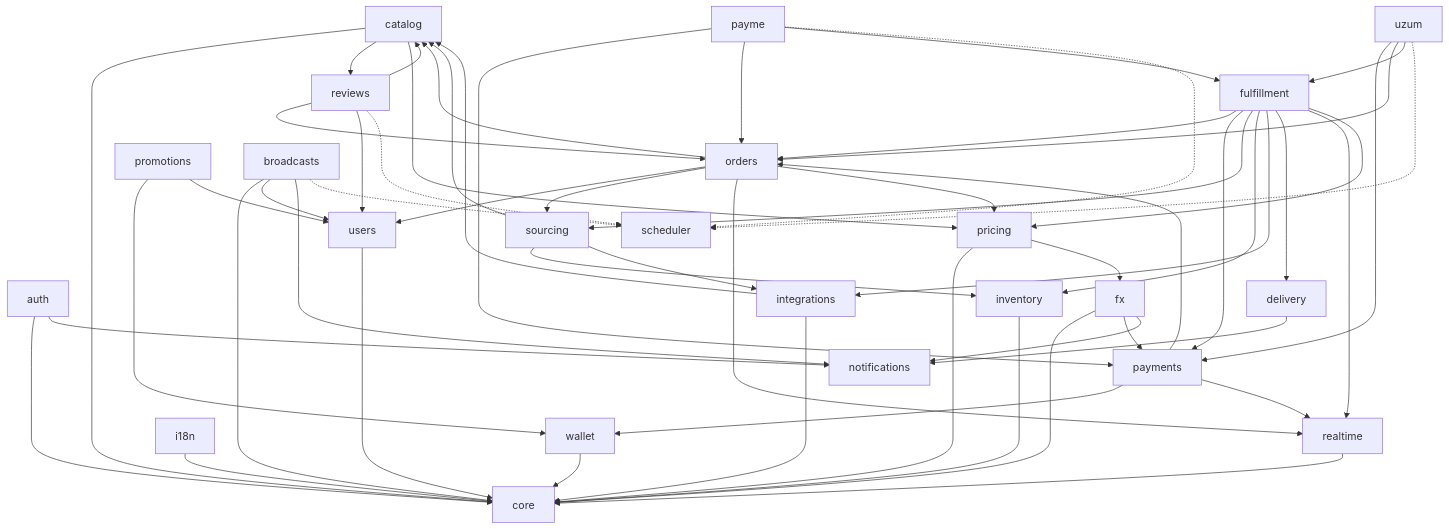
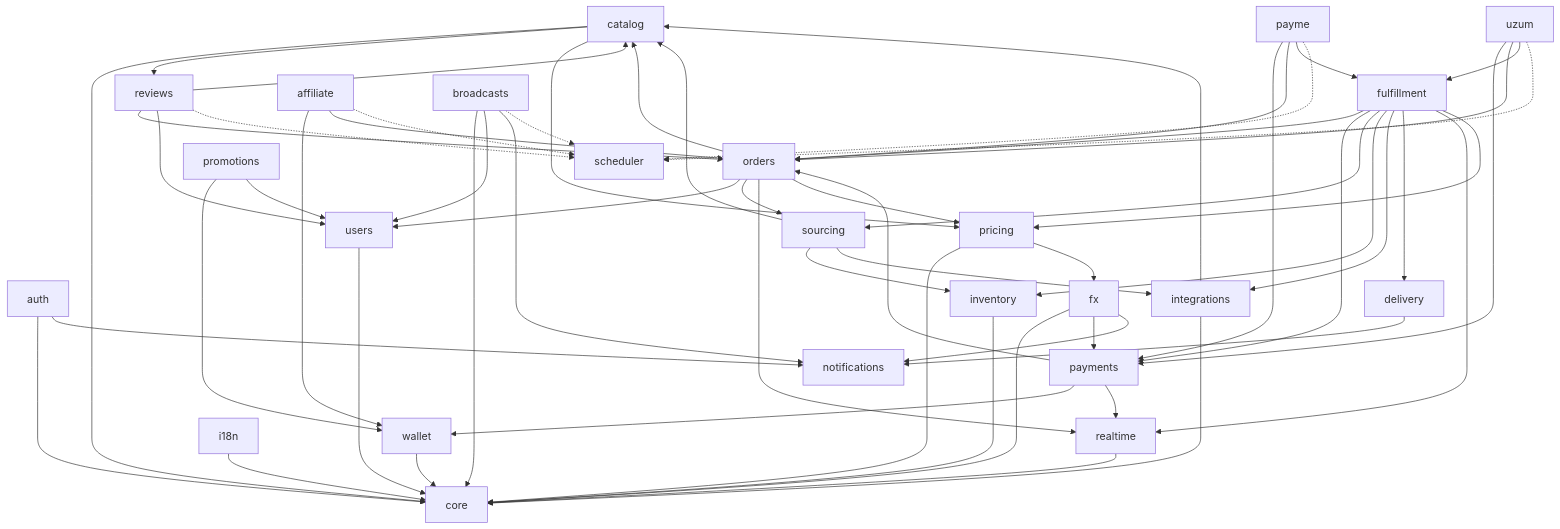
Before and after one commit to jamaomonov/yupay: the diagram in docs/architecture/module-map.md, drawn with Mermaid. The commit also changed other lines of this file and 4 other files, not shown here.

First line of the commit message:
feat(scheduler/affiliate): run the commission sweep every five minutes

````diff
--- a/docs/architecture/module-map.md
+++ b/docs/architecture/module-map.md
@@ -38,61 +39,64 @@
 ```mermaid
 flowchart TB
     auth --> core
     auth --> notifications
     users --> core
     catalog --> core
     inventory --> core
     integrations --> core
     integrations --> catalog
     sourcing --> catalog
     sourcing --> inventory
     sourcing --> integrations
     orders --> catalog
     orders --> users
     orders --> sourcing
     reviews --> catalog
     reviews --> orders
     reviews --> users
     catalog --> reviews
     reviews -.-> scheduler
     payments --> orders
     payments --> wallet
     payme --> payments
     payme --> orders
     payme --> fulfillment
     payme -.-> scheduler
     uzum --> payments
     uzum --> orders
     uzum --> fulfillment
     uzum -.-> scheduler
     click --> payments
     click --> orders
     click -.-> scheduler
     wallet --> core
     promotions --> wallet
     promotions --> users
+    affiliate --> wallet
+    affiliate --> orders
+    affiliate -.-> scheduler
     fulfillment --> orders
     fulfillment --> payments
     fulfillment --> sourcing
     fulfillment --> inventory
     fulfillment --> integrations
     fulfillment --> delivery
     delivery --> notifications
     orders --> realtime
     payments --> realtime
     fulfillment --> realtime
     realtime --> core
     fx --> core
     fx --> payments
     fx --> notifications
     pricing --> core
     pricing --> fx
     catalog --> pricing
     orders --> pricing
     fulfillment --> pricing
     i18n --> core
     broadcasts --> core
     broadcasts --> users
     broadcasts --> notifications
     broadcasts -.-> scheduler
 ```
````
